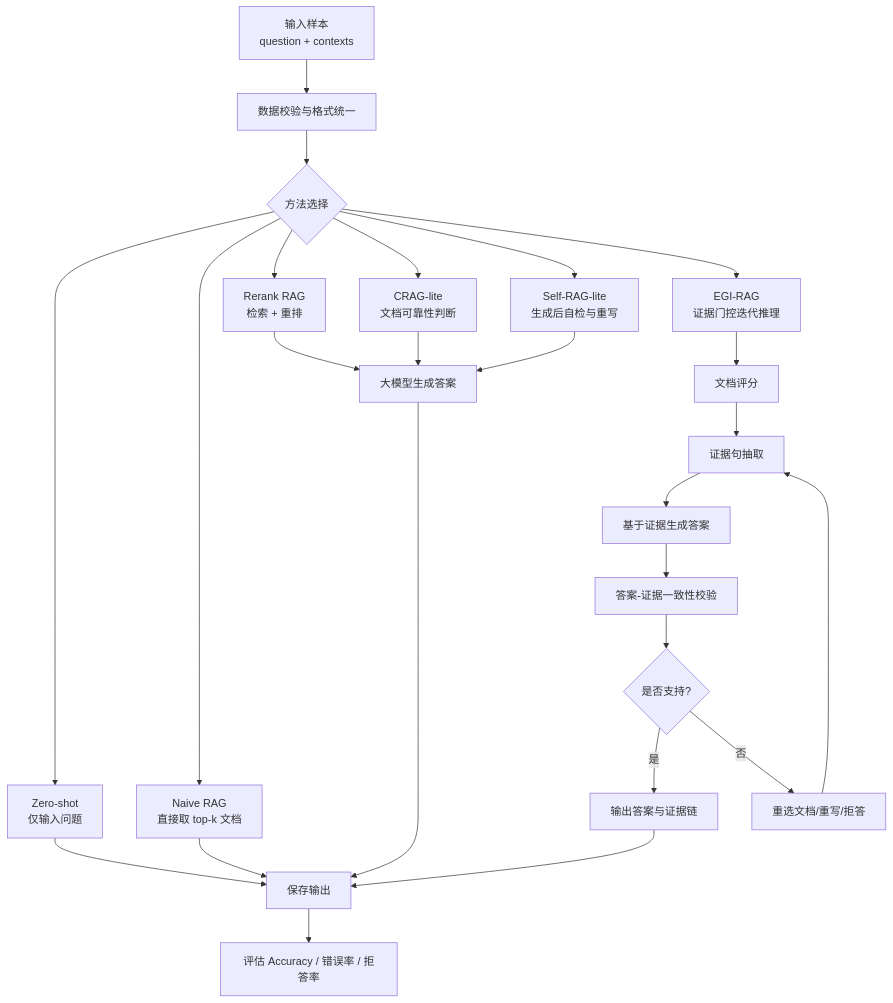
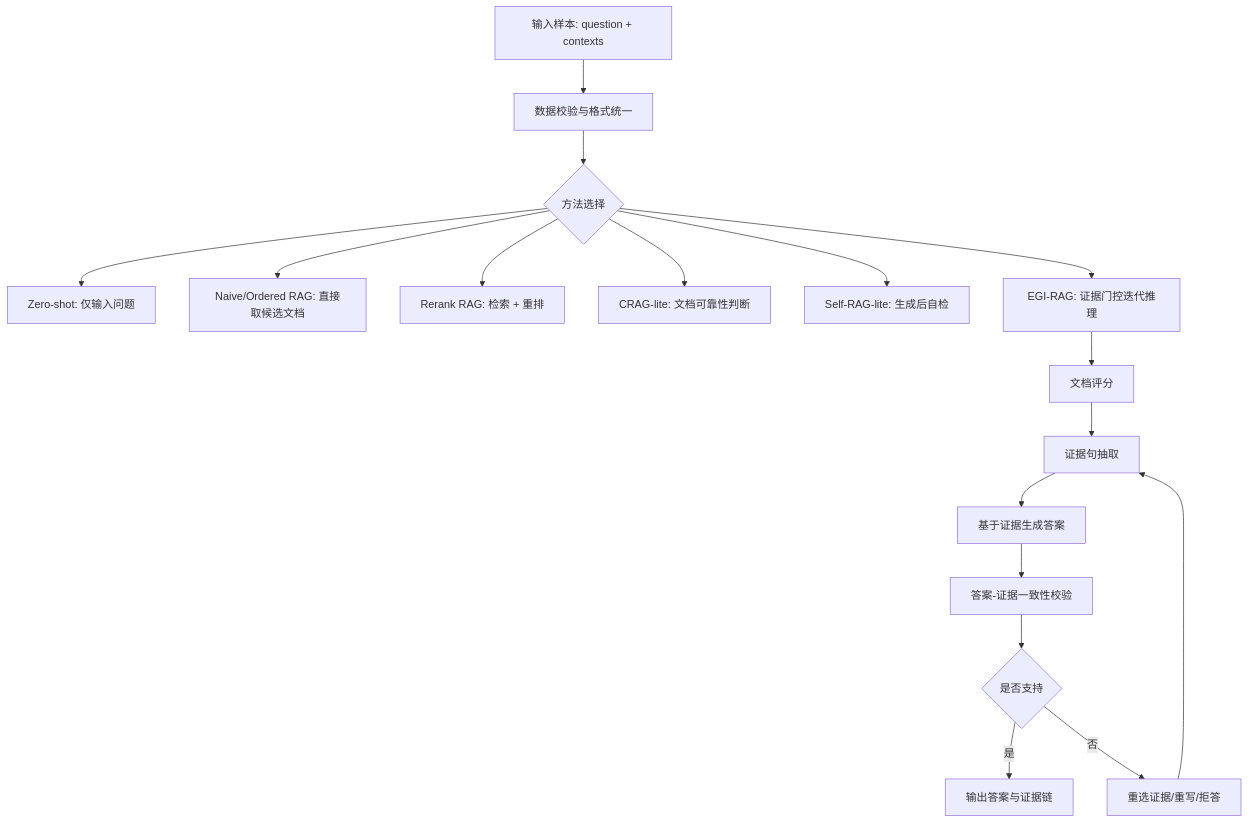
One commit to Willyuliam/nlp4 changed the diagram in reports/course_paper_report.md. Above: the diagram before and after it, drawn with Mermaid. The commit also changed other lines of this file and 1 other file, not shown here.

````diff
--- a/reports/course_paper_report.md
+++ b/reports/course_paper_report.md
@@ -41,27 +29,19 @@
 ```mermaid
 flowchart TD
-    A["输入样本<br/>question + contexts"] --> B["数据校验与格式统一"]
+    A["输入样本: question + contexts"] --> B["数据校验与格式统一"]
     B --> C{"方法选择"}
-    C --> D["Zero-shot<br/>仅输入问题"]
-    C --> E["Naive RAG<br/>直接取 top-k 文档"]
-    C --> F["Rerank RAG<br/>检索 + 重排"]
-    C --> G["CRAG-lite<br/>文档可靠性判断"]
-    C --> H["Self-RAG-lite<br/>生成后自检与重写"]
-    C --> I["EGI-RAG<br/>证据门控迭代推理"]
-    F --> J["大模型生成答案"]
-    G --> J
-    H --> J
-    I --> K["文档评分"]
-    K --> L["证据句抽取"]
-    L --> M["基于证据生成答案"]
-    M --> N["答案-证据一致性校验"]
-    N --> O{"是否支持?"}
-    O -->|是| P["输出答案与证据链"]
-    O -->|否| Q["重选文档/重写/拒答"]
-    Q --> L
-    D --> R["保存输出"]
-    E --> R
-    J --> R
-    P --> R
-    R --> S["评估 Accuracy / 错误率 / 拒答率"]
+    C --> D["Zero-shot: 仅输入问题"]
+    C --> E["Naive/Ordered RAG: 直接取候选文档"]
+    C --> F["Rerank RAG: 检索 + 重排"]
+    C --> G["CRAG-lite: 文档可靠性判断"]
+    C --> H["Self-RAG-lite: 生成后自检"]
+    C --> I["EGI-RAG: 证据门控迭代推理"]
+    I --> J["文档评分"]
+    J --> K["证据句抽取"]
+    K --> L["基于证据生成答案"]
+    L --> M["答案-证据一致性校验"]
+    M --> N{"是否支持"}
+    N -->|是| O["输出答案与证据链"]
+    N -->|否| P["重选证据/重写/拒答"]
+    P --> K
 ```
````
